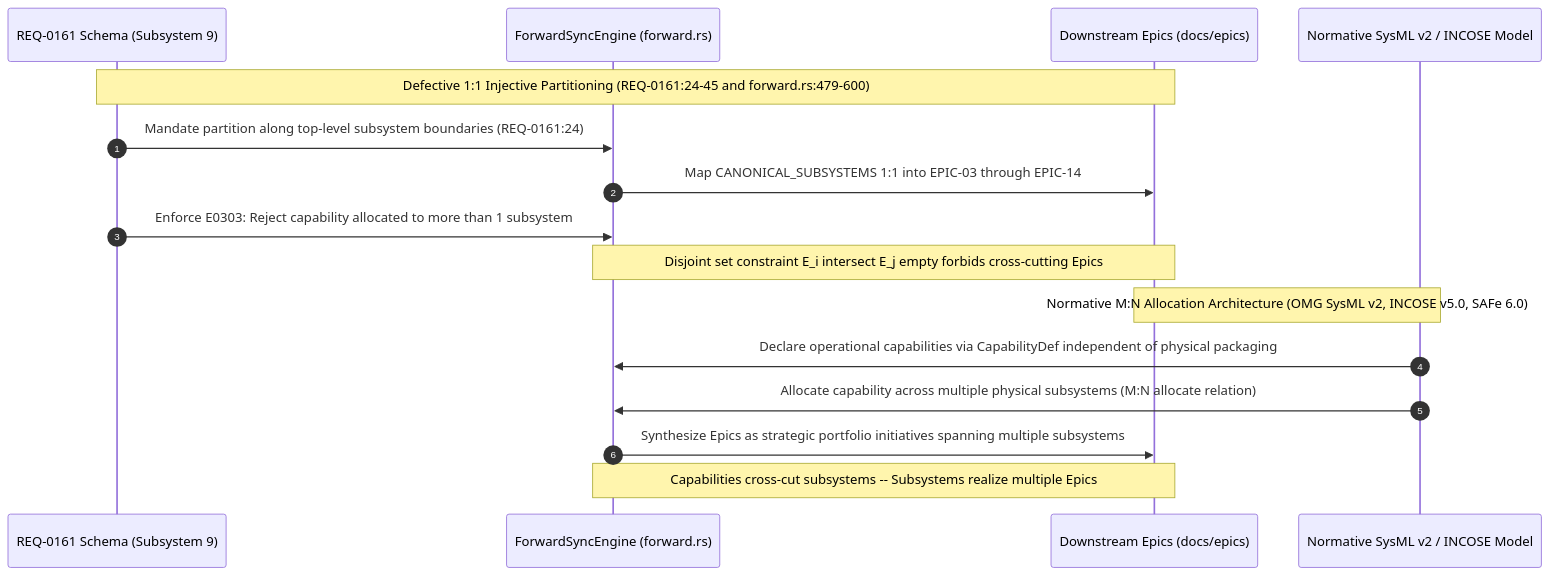
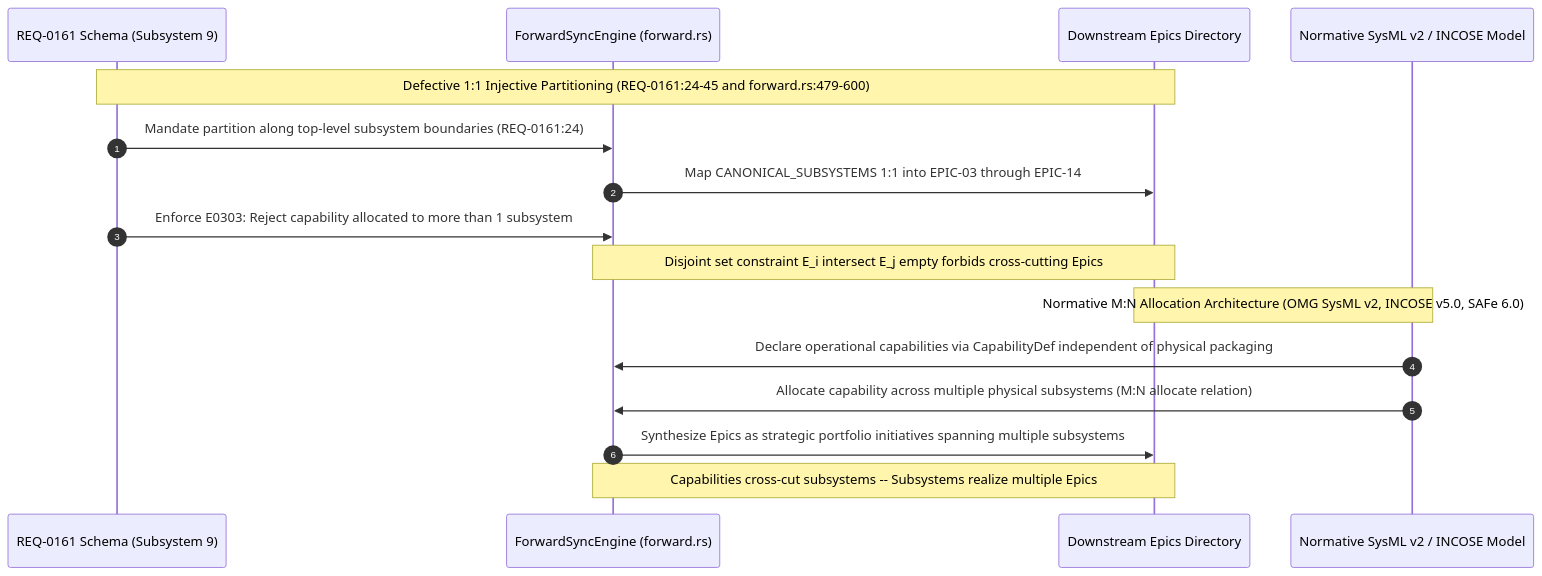
Diagram 16 of 20 in docs/reports/MERMAID_RENDERING_VERIFICATION.md (gintatkinson/dumpiler-01), drawn with Mermaid before and after one commit. The commit also changed other lines of this file and 218 other files, not shown here.

````diff
--- a/docs/reports/MERMAID_RENDERING_VERIFICATION.md
+++ b/docs/reports/MERMAID_RENDERING_VERIFICATION.md
@@ -690,20 +692,20 @@
 ```mermaid
 sequenceDiagram
     autonumber
     participant Spec as REQ-0161 Schema (Subsystem 9)
     participant Engine as ForwardSyncEngine (forward.rs)
-    participant Epics as Downstream Epics (docs/epics)
+    participant Epics as Downstream Epics Directory
     participant Model as Normative SysML v2 / INCOSE Model
 
     Note over Spec,Epics: Defective 1:1 Injective Partitioning (REQ-0161:24-45 and forward.rs:479-600)
     Spec->>Engine: Mandate partition along top-level subsystem boundaries (REQ-0161:24)
     Engine->>Epics: Map CANONICAL_SUBSYSTEMS 1:1 into EPIC-03 through EPIC-14
     Spec->>Engine: Enforce E0303: Reject capability allocated to more than 1 subsystem
     Note over Engine,Epics: Disjoint set constraint E_i intersect E_j empty forbids cross-cutting Epics
 
     Note over Model,Epics: Normative M:N Allocation Architecture (OMG SysML v2, INCOSE v5.0, SAFe 6.0)
     Model->>Engine: Declare operational capabilities via CapabilityDef independent of physical packaging
     Model->>Engine: Allocate capability across multiple physical subsystems (M:N allocate relation)
     Engine->>Epics: Synthesize Epics as strategic portfolio initiatives spanning multiple subsystems
     Note over Engine,Epics: Capabilities cross-cut subsystems -- Subsystems realize multiple Epics
 ```
````
